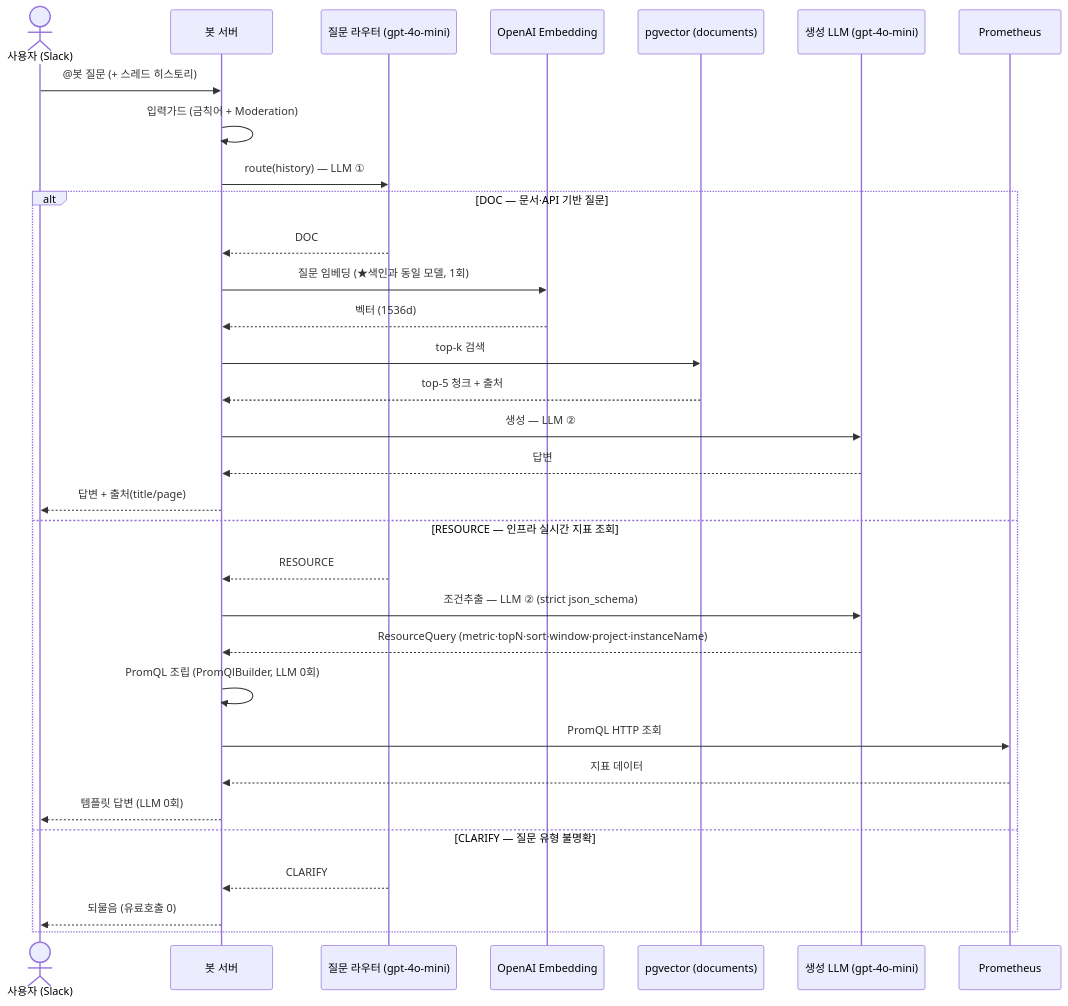
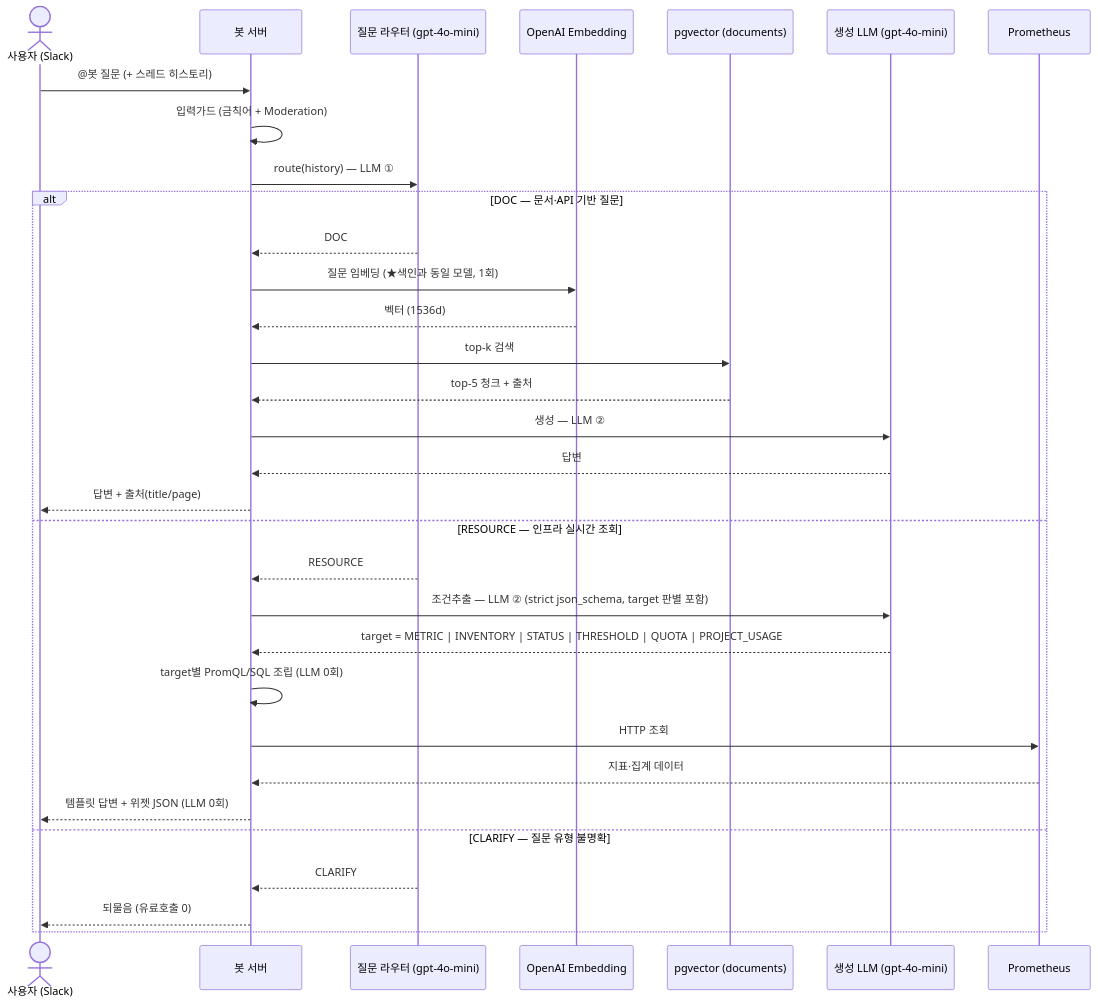
Before and after one commit to ddongjunn/contrabass-rag: the diagram in README.md, drawn with Mermaid. The commit also changed other lines of this file and 2 other files, not shown here.

````diff
--- a/README.md
+++ b/README.md
@@ -23,36 +23,36 @@
 ```mermaid
 sequenceDiagram
     actor U as 사용자 (Slack)
     participant B as 봇 서버
     participant R as 질문 라우터 (gpt-4o-mini)
     participant E as OpenAI Embedding
     participant D as pgvector (documents)
     participant L as 생성 LLM (gpt-4o-mini)
     participant P as Prometheus
 
     U->>B: @봇 질문 (+ 스레드 히스토리)
     B->>B: 입력가드 (금칙어 + Moderation)
     B->>R: route(history) — LLM ①
 
     alt DOC — 문서·API 기반 질문
         R-->>B: DOC
         B->>E: 질문 임베딩 (★색인과 동일 모델, 1회)
         E-->>B: 벡터 (1536d)
         B->>D: top-k 검색
         D-->>B: top-5 청크 + 출처
         B->>L: 생성 — LLM ②
         L-->>B: 답변
         B-->>U: 답변 + 출처(title/page)
-    else RESOURCE — 인프라 실시간 지표 조회
+    else RESOURCE — 인프라 실시간 조회
         R-->>B: RESOURCE
-        B->>L: 조건추출 — LLM ② (strict json_schema)
-        L-->>B: ResourceQuery (metric·topN·sort·window·project·instanceName)
-        B->>B: PromQL 조립 (PromQlBuilder, LLM 0회)
-        B->>P: PromQL HTTP 조회
-        P-->>B: 지표 데이터
-        B-->>U: 템플릿 답변 (LLM 0회)
+        B->>L: 조건추출 — LLM ② (strict json_schema, target 판별 포함)
+        L-->>B: target = METRIC | INVENTORY | STATUS | THRESHOLD | QUOTA | PROJECT_USAGE
+        B->>B: target별 PromQL/SQL 조립 (LLM 0회)
+        B->>P: HTTP 조회
+        P-->>B: 지표·집계 데이터
+        B-->>U: 템플릿 답변 + 위젯 JSON (LLM 0회)
     else CLARIFY — 질문 유형 불명확
         R-->>B: CLARIFY
         B-->>U: 되물음 (유료호출 0)
     end
 ```
````
